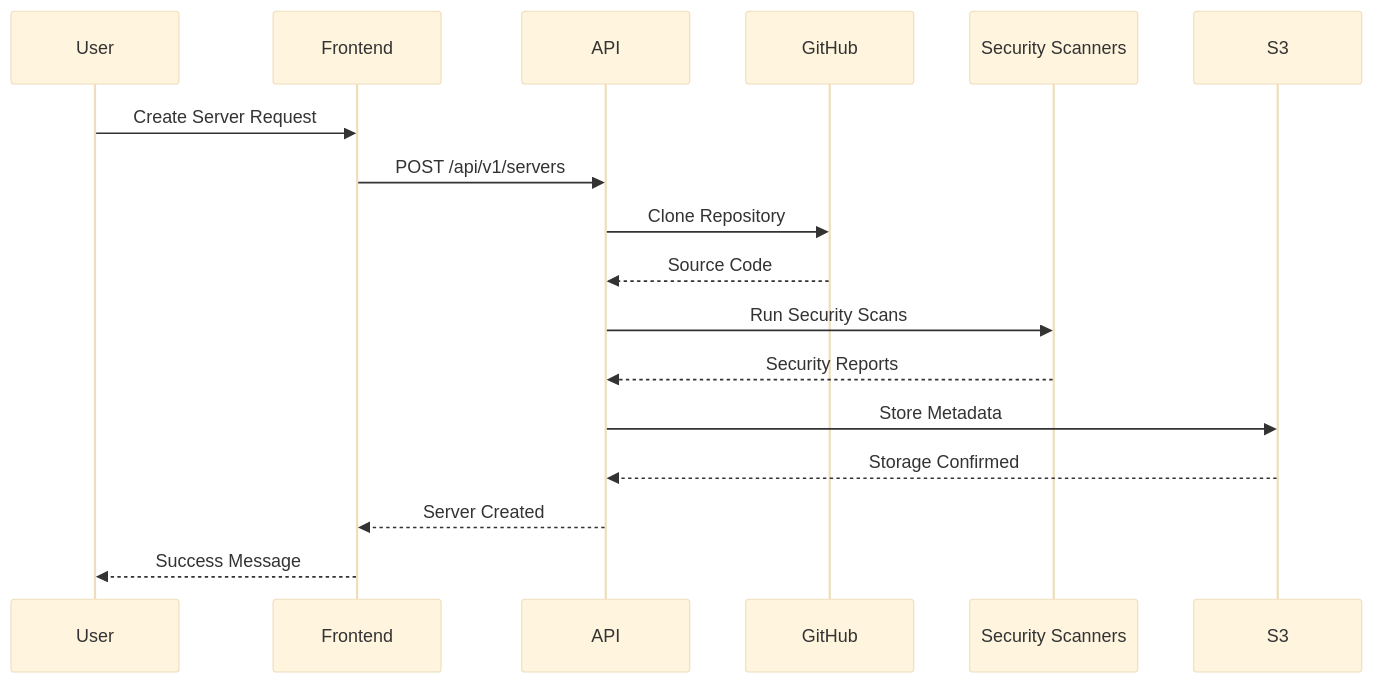
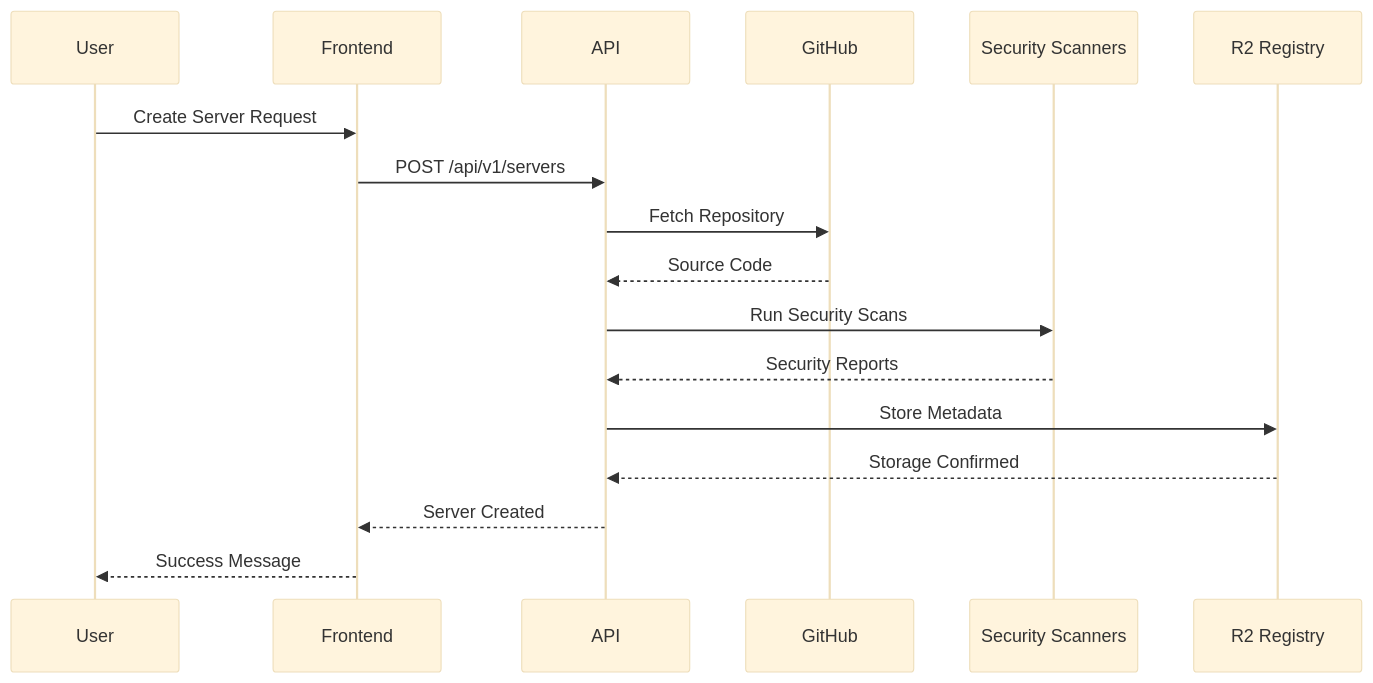
Before and after one commit to areebahmeddd/SuperBox-FE: the fourth of 6 diagrams in docs/architecture.mdx, drawn with Mermaid (base theme). The commit also changed other lines of this file and 43 other files, not shown here.

````diff
--- a/docs/architecture.mdx
+++ b/docs/architecture.mdx
@@ -263,20 +261,20 @@
 ```mermaid
 sequenceDiagram
-    participant U as User
-    participant F as Frontend
-    participant A as API
-    participant G as GitHub
-    participant SC as Security Scanners
-    participant S as S3
+ participant U as User
+ participant F as Frontend
+ participant A as API
+ participant G as GitHub
+ participant SC as Security Scanners
+ participant R as R2 Registry
 
-    U->>F: Create Server Request
-    F->>A: POST /api/v1/servers
-    A->>G: Clone Repository
-    G-->>A: Source Code
-    A->>SC: Run Security Scans
-    SC-->>A: Security Reports
-    A->>S: Store Metadata
-    S-->>A: Storage Confirmed
-    A-->>F: Server Created
-    F-->>U: Success Message
+ U->>F: Create Server Request
+ F->>A: POST /api/v1/servers
+ A->>G: Fetch Repository
+ G-->>A: Source Code
+ A->>SC: Run Security Scans
+ SC-->>A: Security Reports
+ A->>R: Store Metadata
+ R-->>A: Storage Confirmed
+ A-->>F: Server Created
+ F-->>U: Success Message
 ```
````
